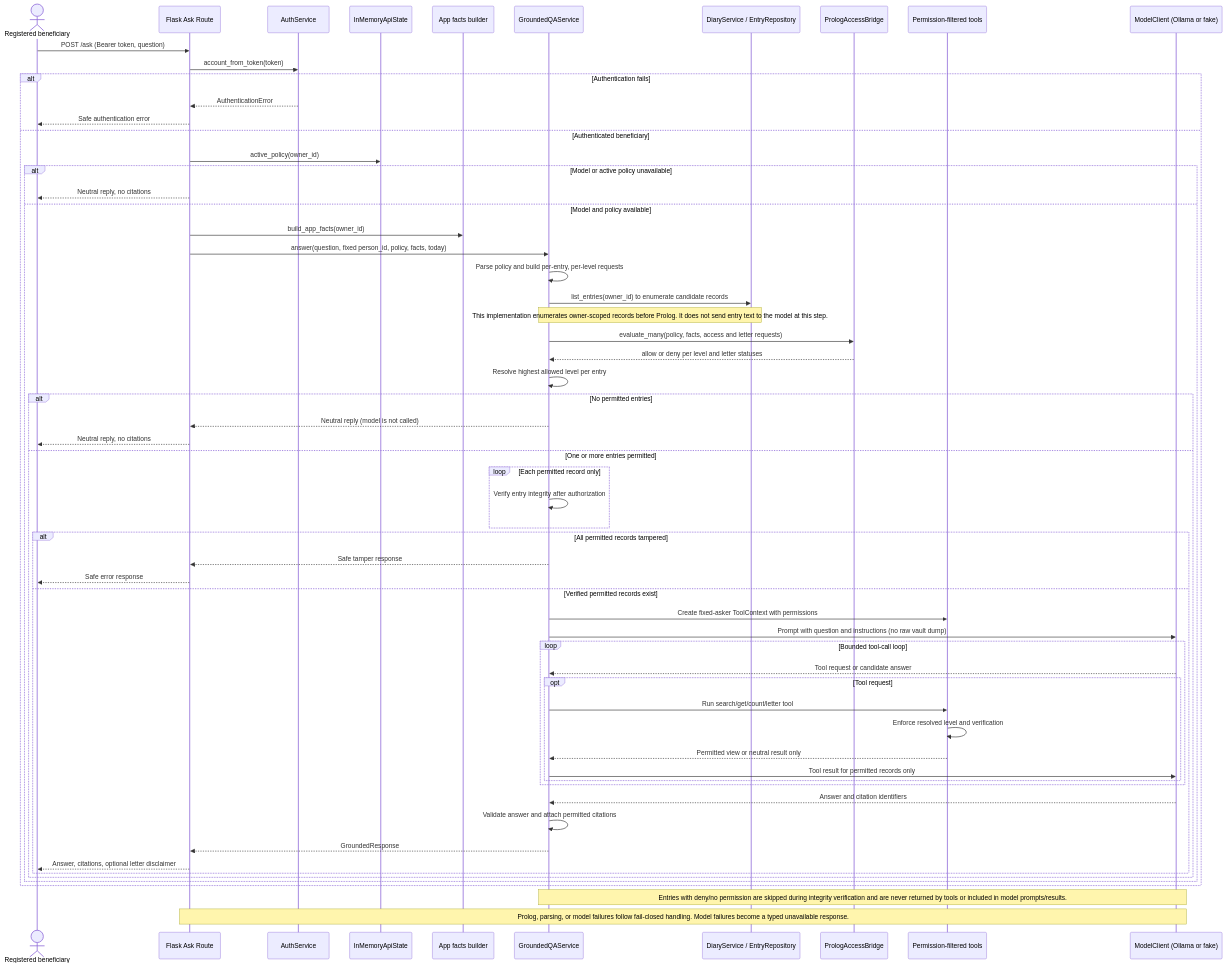
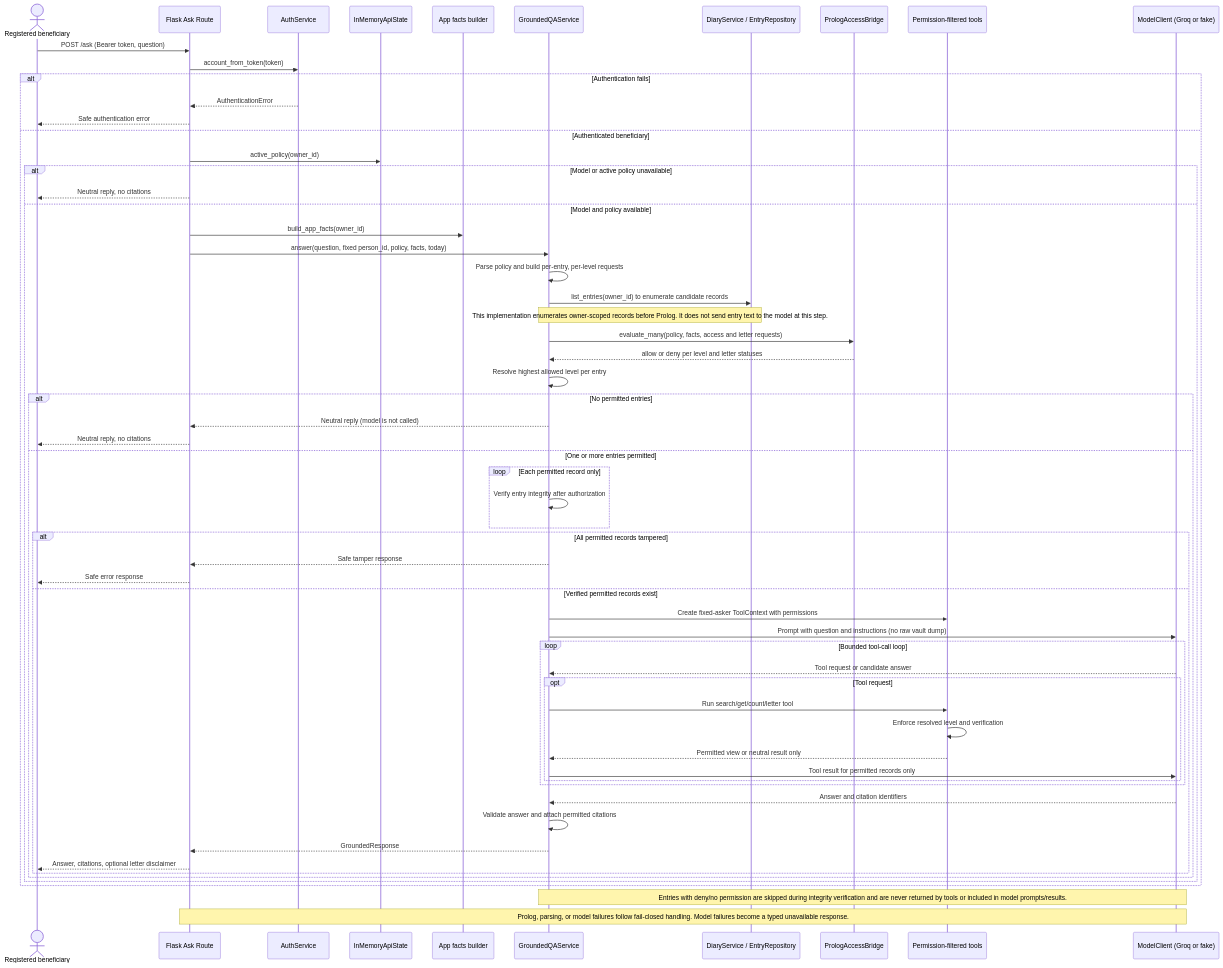
One commit to rnzel/ennova changed the fourth of 5 diagrams in docs/uml/sequence-diagram.md. Above: the diagram before and after it, drawn with Mermaid. The commit also changed other lines of this file and 17 other files, not shown here.

````diff
--- a/docs/uml/sequence-diagram.md
+++ b/docs/uml/sequence-diagram.md
@@ -131,65 +131,65 @@
 ```mermaid
 sequenceDiagram
     actor Beneficiary as Registered beneficiary
     participant API as Flask Ask Route
     participant Auth as AuthService
     participant State as InMemoryApiState
     participant Facts as App facts builder
     participant QA as GroundedQAService
     participant Diary as DiaryService / EntryRepository
     participant Prolog as PrologAccessBridge
     participant Tools as Permission-filtered tools
-    participant Model as ModelClient (Ollama or fake)
+    participant Model as ModelClient (Groq or fake)
 
     Beneficiary->>API: POST /ask (Bearer token, question)
     API->>Auth: account_from_token(token)
     alt Authentication fails
         Auth-->>API: AuthenticationError
         API-->>Beneficiary: Safe authentication error
     else Authenticated beneficiary
         API->>State: active_policy(owner_id)
         alt Model or active policy unavailable
             API-->>Beneficiary: Neutral reply, no citations
         else Model and policy available
             API->>Facts: build_app_facts(owner_id)
             API->>QA: answer(question, fixed person_id, policy, facts, today)
             QA->>QA: Parse policy and build per-entry, per-level requests
             QA->>Diary: list_entries(owner_id) to enumerate candidate records
             Note over QA,Diary: This implementation enumerates owner-scoped records before Prolog. It does not send entry text to the model at this step.
             QA->>Prolog: evaluate_many(policy, facts, access and letter requests)
             Prolog-->>QA: allow or deny per level and letter statuses
             QA->>QA: Resolve highest allowed level per entry
             alt No permitted entries
                 QA-->>API: Neutral reply (model is not called)
                 API-->>Beneficiary: Neutral reply, no citations
             else One or more entries permitted
                 loop Each permitted record only
                     QA->>QA: Verify entry integrity after authorization
                 end
                 alt All permitted records tampered
                     QA-->>API: Safe tamper response
                     API-->>Beneficiary: Safe error response
                 else Verified permitted records exist
                     QA->>Tools: Create fixed-asker ToolContext with permissions
                     QA->>Model: Prompt with question and instructions (no raw vault dump)
                     loop Bounded tool-call loop
                         Model-->>QA: Tool request or candidate answer
                         opt Tool request
                             QA->>Tools: Run search/get/count/letter tool
                             Tools->>Tools: Enforce resolved level and verification
                             Tools-->>QA: Permitted view or neutral result only
                             QA->>Model: Tool result for permitted records only
                         end
                     end
                     Model-->>QA: Answer and citation identifiers
                     QA->>QA: Validate answer and attach permitted citations
                     QA-->>API: GroundedResponse
                     API-->>Beneficiary: Answer, citations, optional letter disclaimer
                 end
             end
         end
     end
 
     Note over QA,Model: Entries with deny/no permission are skipped during integrity verification and are never returned by tools or included in model prompts/results.
     Note over API,Model: Prolog, parsing, or model failures follow fail-closed handling. Model failures become a typed unavailable response.
 ```
````
